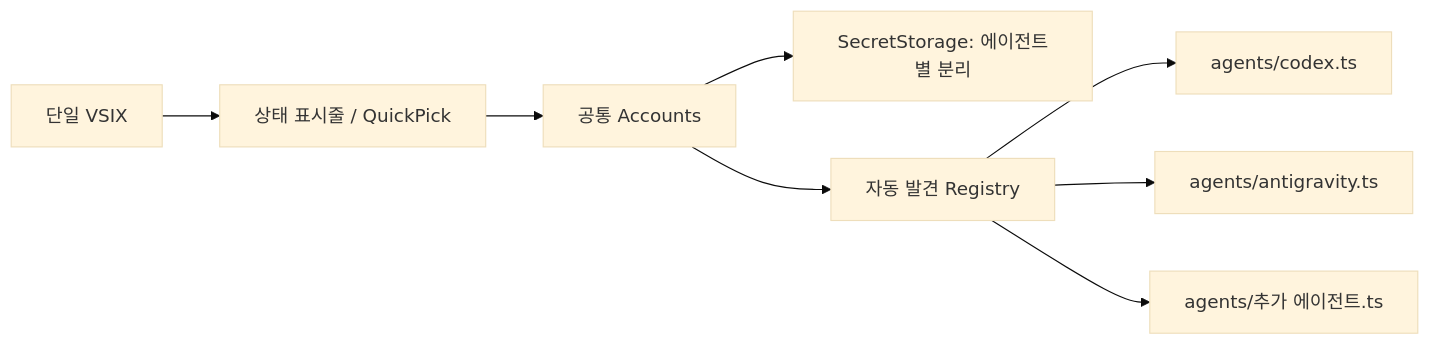
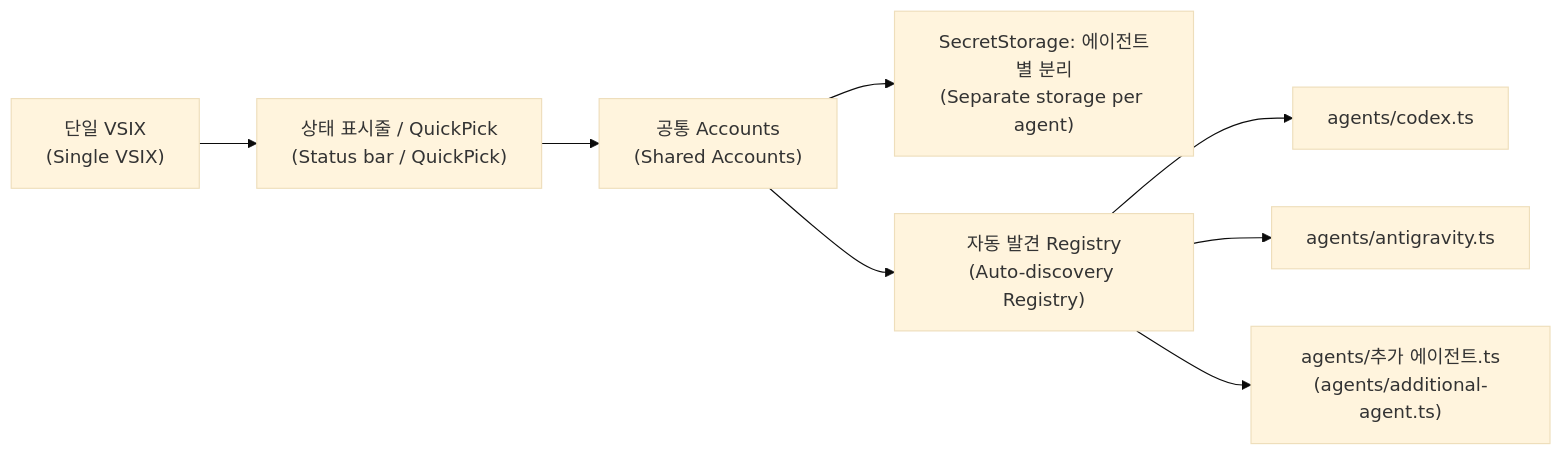
Before and after one commit to Jeon-JongChan/lightweight-ai-account-switch-vscode: the diagram in README.md, drawn with Mermaid (base theme). The commit also changed other lines of this file and 14 other files, not shown here.

````diff
--- a/README.md
+++ b/README.md
@@ -108,10 +178,10 @@
 ```mermaid
 flowchart LR
-  A[단일 VSIX] --> B[상태 표시줄 / QuickPick]
-  B --> C[공통 Accounts]
-  C --> D[SecretStorage: 에이전트별 분리]
-  C --> E[자동 발견 Registry]
+  A["단일 VSIX<br/>(Single VSIX)"] --> B["상태 표시줄 / QuickPick<br/>(Status bar / QuickPick)"]
+  B --> C["공통 Accounts<br/>(Shared Accounts)"]
+  C --> D["SecretStorage: 에이전트별 분리<br/>(Separate storage per agent)"]
+  C --> E["자동 발견 Registry<br/>(Auto-discovery Registry)"]
   E --> F[agents/codex.ts]
   E --> G[agents/antigravity.ts]
-  E --> H[agents/추가 에이전트.ts]
+  E --> H["agents/추가 에이전트.ts<br/>(agents/additional-agent.ts)"]
 ```
````
